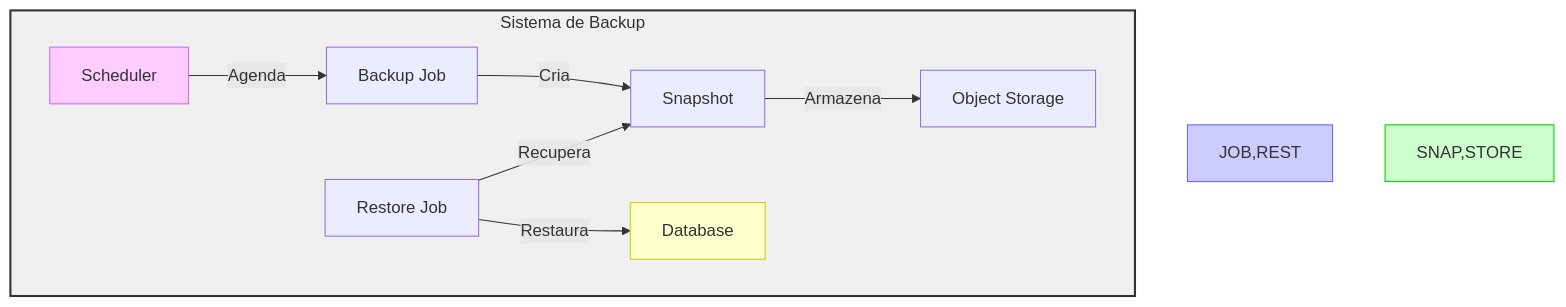
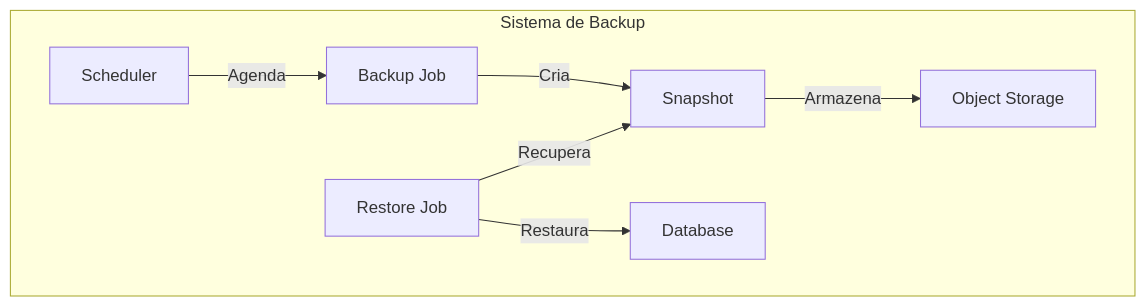
One commit to cloud104/tcloud-devops-k8s-operators-training changed the sixth of 9 diagrams in docs/extras/advanced-operator-patterns.md. Above: the diagram before and after it, drawn with Mermaid. The commit also changed other lines of this file and 6 other files, not shown here.

First line of the commit message:
docs: revisa material teorico, corrige APIs e melhora diagramas

````diff
--- a/docs/extras/advanced-operator-patterns.md
+++ b/docs/extras/advanced-operator-patterns.md
@@ -199,17 +190,11 @@
 ```mermaid
 flowchart TD
     subgraph BACKUP ["Sistema de Backup"]
         SCHED["Scheduler"] -->|"Agenda"| JOB["Backup Job"]
         JOB -->|"Cria"| SNAP["Snapshot"]
         SNAP -->|"Armazena"| STORE["Object Storage"]
         
         REST["Restore Job"] -->|"Recupera"| SNAP
         REST -->|"Restaura"| DB["Database"]
     end
-    
-    style BACKUP fill:#f0f0f0,stroke:#333,stroke-width:2px
-    style SCHED fill:#ffccff,stroke:#cc66ff
-    style JOB,REST fill:#ccccff,stroke:#6666ff
-    style SNAP,STORE fill:#ccffcc,stroke:#00cc00
-    style DB fill:#ffffcc,stroke:#cccc00
 ```
````
